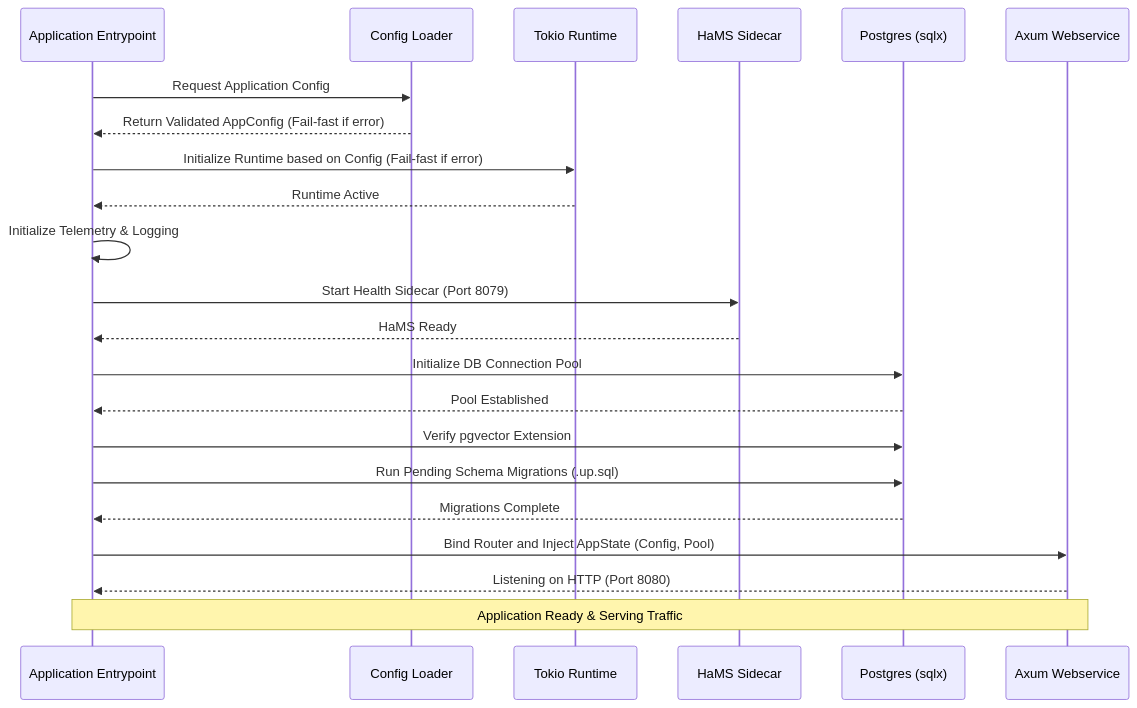
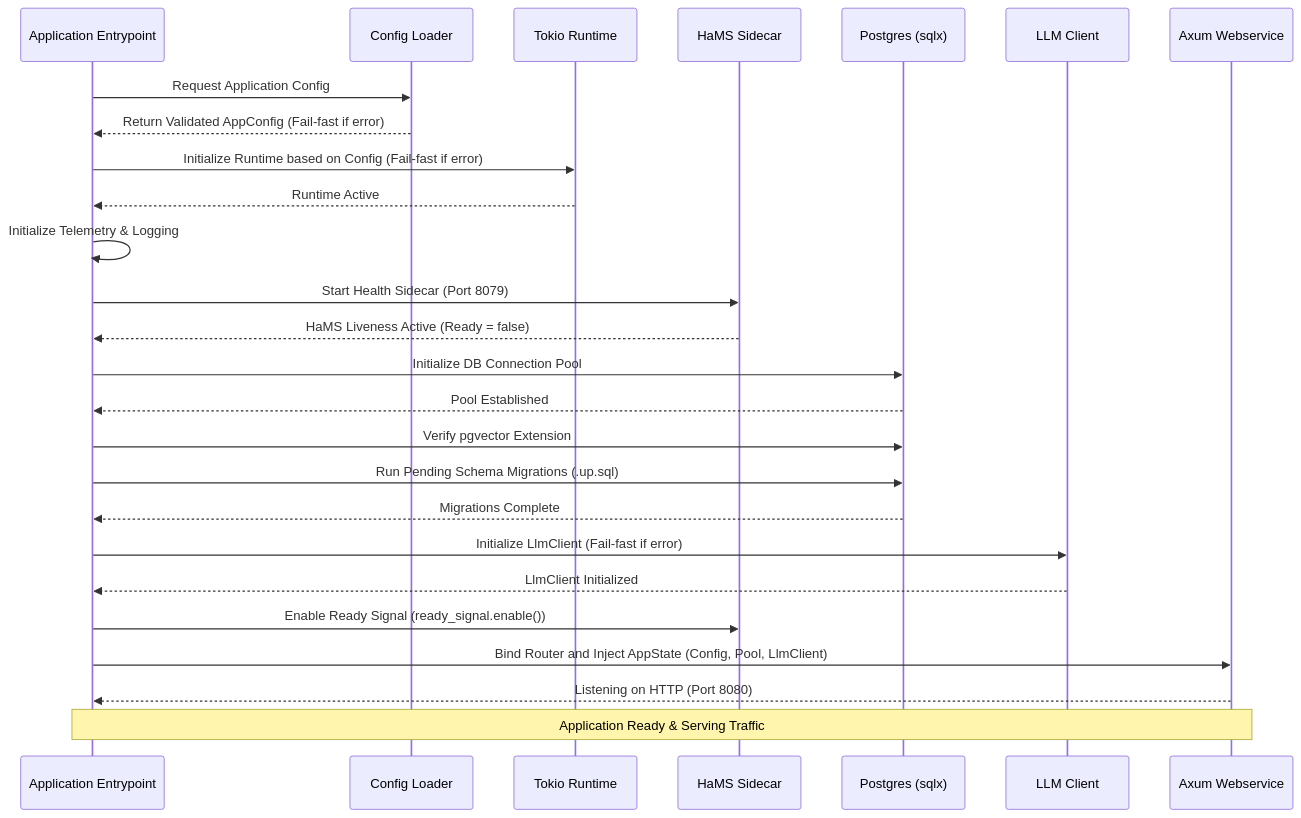
One commit to PolecatWorks/Graphrag changed the third of 3 diagrams in spec/prds/backend-foundations-prd.md. Above: the diagram before and after it, drawn with Mermaid. The commit also changed other lines of this file and 1 other file, not shown here.

Commit message:
fix(startup): enable HaMS ready signal after LlmClient init and update PRD diagram

````diff
--- a/spec/prds/backend-foundations-prd.md
+++ b/spec/prds/backend-foundations-prd.md
@@ -109,25 +109,29 @@
 ```mermaid
 sequenceDiagram
     participant Main as Application Entrypoint
     participant Config as Config Loader
     participant Tokio as Tokio Runtime
     participant HaMS as HaMS Sidecar
     participant DB as Postgres (sqlx)
+    participant LLM as LLM Client
     participant Axum as Axum Webservice
 
     Main->>Config: Request Application Config
     Config-->>Main: Return Validated AppConfig (Fail-fast if error)
     Main->>Tokio: Initialize Runtime based on Config (Fail-fast if error)
     Tokio-->>Main: Runtime Active
     Main->>Main: Initialize Telemetry & Logging
     Main->>HaMS: Start Health Sidecar (Port 8079)
-    HaMS-->>Main: HaMS Ready
+    HaMS-->>Main: HaMS Liveness Active (Ready = false)
     Main->>DB: Initialize DB Connection Pool
     DB-->>Main: Pool Established
     Main->>DB: Verify pgvector Extension
     Main->>DB: Run Pending Schema Migrations (.up.sql)
     DB-->>Main: Migrations Complete
-    Main->>Axum: Bind Router and Inject AppState (Config, Pool)
+    Main->>LLM: Initialize LlmClient (Fail-fast if error)
+    LLM-->>Main: LlmClient Initialized
+    Main->>HaMS: Enable Ready Signal (ready_signal.enable())
+    Main->>Axum: Bind Router and Inject AppState (Config, Pool, LlmClient)
     Axum-->>Main: Listening on HTTP (Port 8080)
     Note over Main, Axum: Application Ready & Serving Traffic
 ```
````
